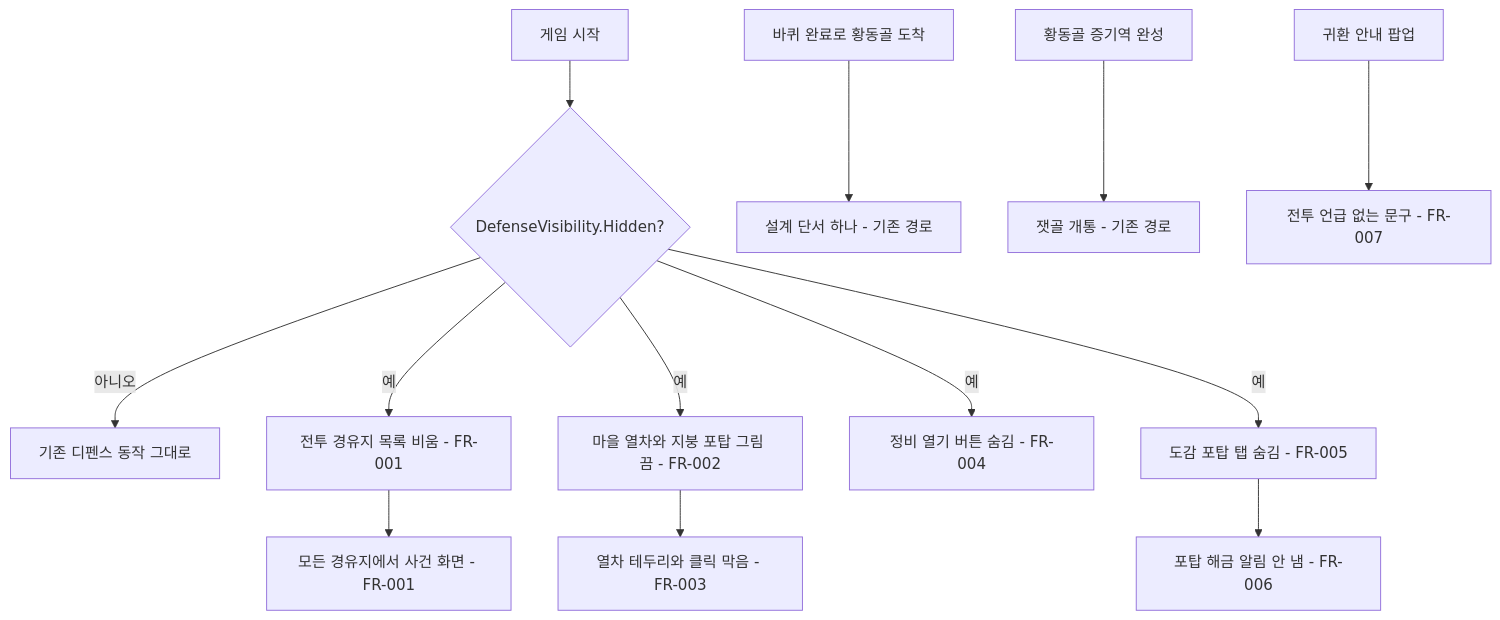
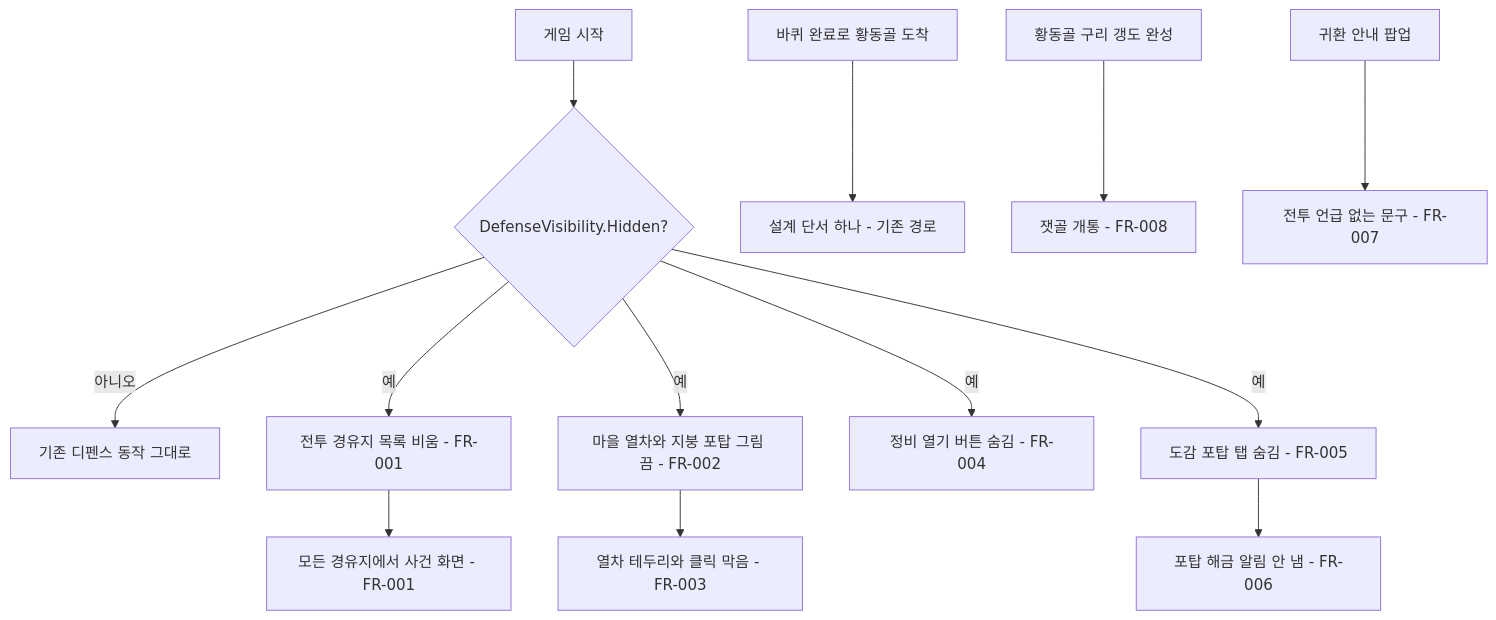
One commit to npced16/POC_06 changed the diagram in docs/specs/006-hide-defense.md. Above: the diagram before and after it, drawn with Mermaid. The commit also changed other lines of this file and 10 other files, not shown here.

````diff
--- a/docs/specs/006-hide-defense.md
+++ b/docs/specs/006-hide-defense.md
@@ -59,15 +60,15 @@
 ```mermaid
 flowchart TD
     A[게임 시작] --> B{DefenseVisibility.Hidden?}
     B -- 아니오 --> Z[기존 디펜스 동작 그대로]
     B -- 예 --> C[전투 경유지 목록 비움 - FR-001]
     C --> D[모든 경유지에서 사건 화면 - FR-001]
     B -- 예 --> E[마을 열차와 지붕 포탑 그림 끔 - FR-002]
     E --> F[열차 테두리와 클릭 막음 - FR-003]
     B -- 예 --> G[정비 열기 버튼 숨김 - FR-004]
     B -- 예 --> H[도감 포탑 탭 숨김 - FR-005]
     H --> I[포탑 해금 알림 안 냄 - FR-006]
     J[바퀴 완료로 황동골 도착] --> K[설계 단서 하나 - 기존 경로]
-    L[황동골 증기역 완성] --> M[잿골 개통 - 기존 경로]
+    L[황동골 구리 갱도 완성] --> M[잿골 개통 - FR-008]
     N[귀환 안내 팝업] --> O[전투 언급 없는 문구 - FR-007]
 ```
````
